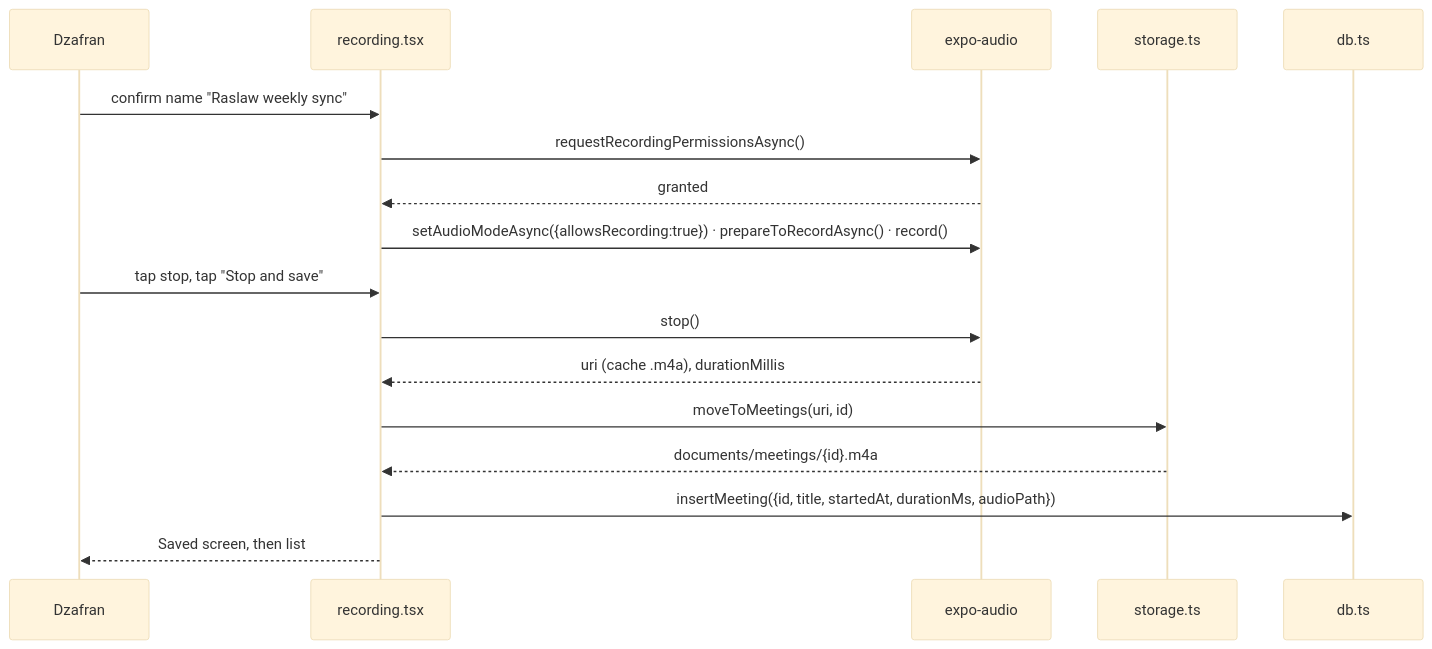
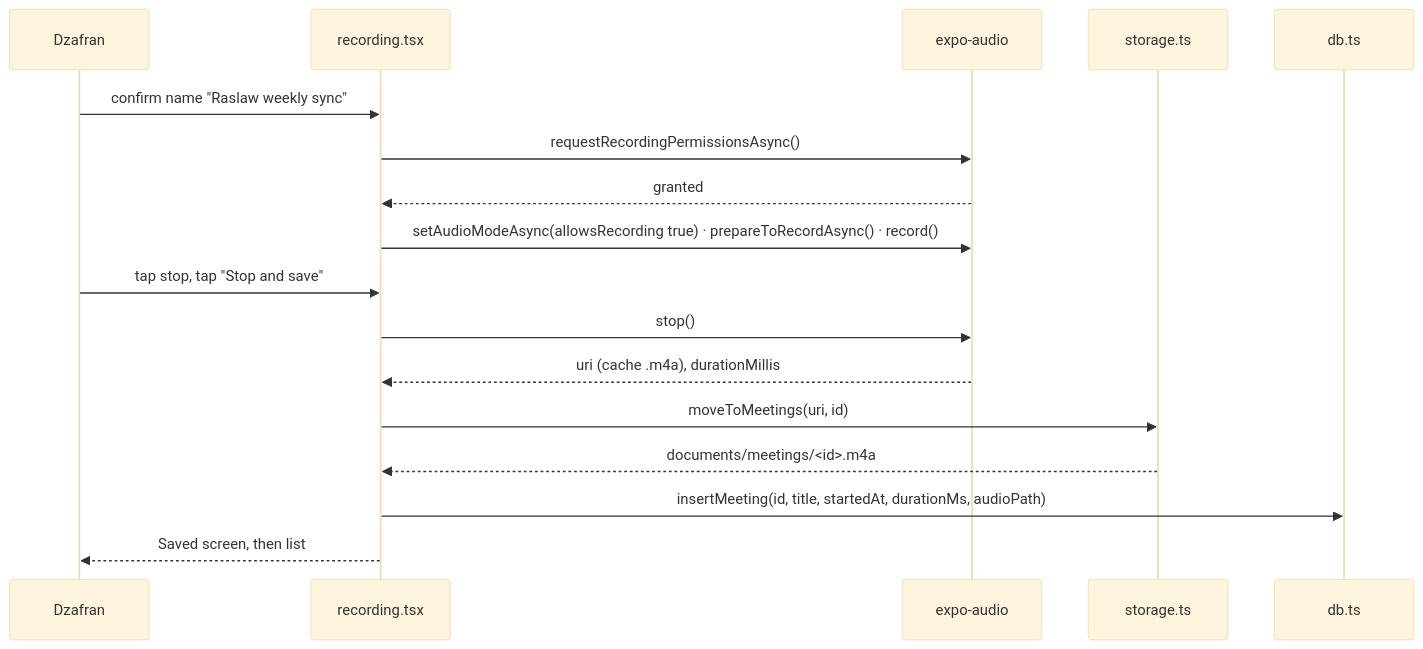
Before and after one commit to dzaffren/meeting-assistant: the fifth of 6 diagrams in docs/specs/walking-skeleton.md, drawn with Mermaid (base theme). The commit also changed other lines of this file and 1 other file, not shown here.

Commit message:
docs(spec): reword braces the ship gate reads as placeholders

````diff
--- a/docs/specs/walking-skeleton.md
+++ b/docs/specs/walking-skeleton.md
@@ -229,19 +229,19 @@
 ```mermaid
 sequenceDiagram
     participant D as Dzafran
     participant R as recording.tsx
     participant A as expo-audio
     participant F as storage.ts
     participant S as db.ts
     D->>R: confirm name "Raslaw weekly sync"
     R->>A: requestRecordingPermissionsAsync()
     A-->>R: granted
-    R->>A: setAudioModeAsync({allowsRecording:true}) · prepareToRecordAsync() · record()
+    R->>A: setAudioModeAsync(allowsRecording true) · prepareToRecordAsync() · record()
     D->>R: tap stop, tap "Stop and save"
     R->>A: stop()
     A-->>R: uri (cache .m4a), durationMillis
     R->>F: moveToMeetings(uri, id)
-    F-->>R: documents/meetings/{id}.m4a
-    R->>S: insertMeeting({id, title, startedAt, durationMs, audioPath})
+    F-->>R: documents/meetings/<id>.m4a
+    R->>S: insertMeeting(id, title, startedAt, durationMs, audioPath)
     R-->>D: Saved screen, then list
 ```
````
